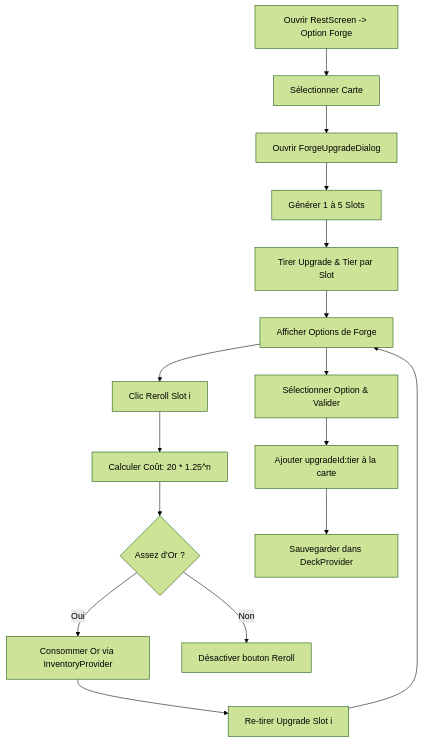
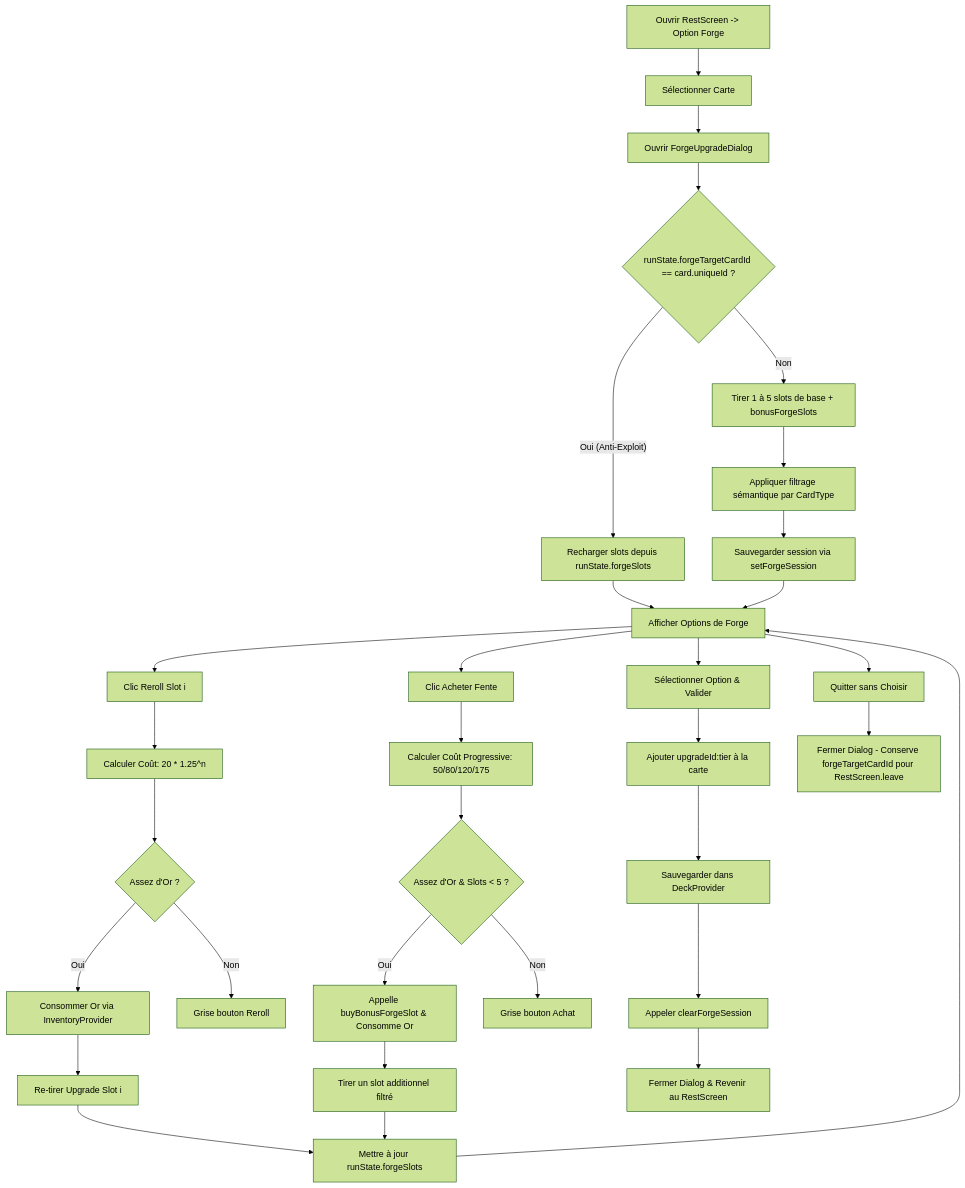
One commit to Hex-Umbra/hero-s-draft changed the third of 6 diagrams in .obsidian_vault/_memory_bank/systemPatterns.md. Above: the diagram before and after it, drawn with Mermaid (forest theme). The commit also changed other lines of this file and 11 other files, not shown here.

First line of the commit message:
feat: Refactor Forge Upgrade Dialog and Implement Anti-Exploit Mechanisms

````diff
--- a/.obsidian_vault/_memory_bank/systemPatterns.md
+++ b/.obsidian_vault/_memory_bank/systemPatterns.md
@@ -886,18 +882,34 @@
 ```mermaid
 graph TD
     Start[Ouvrir RestScreen -> Option Forge] --> SelectCard[Sélectionner Carte]
     SelectCard --> Dialog[Ouvrir ForgeUpgradeDialog]
-    Dialog --> GenSlots[Générer 1 à 5 Slots]
-    GenSlots --> RollSlots[Tirer Upgrade & Tier par Slot]
-    RollSlots --> Loop[Afficher Options de Forge]
+    Dialog --> CheckExploit{runState.forgeTargetCardId == card.uniqueId ?}
+    CheckExploit -- Oui (Anti-Exploit) --> LoadSession[Recharger slots depuis runState.forgeSlots]
+    CheckExploit -- Non --> GenBase[Tirer 1 à 5 slots de base + bonusForgeSlots]
+    GenBase --> FilterTypes[Appliquer filtrage sémantique par CardType]
+    FilterTypes --> SaveSession[Sauvegarder session via setForgeSession]
+    LoadSession --> Loop[Afficher Options de Forge]
+    SaveSession --> Loop
     Loop --> Reroll[Clic Reroll Slot i]
-    Reroll --> Cost[Calculer Coût: 20 * 1.25^n]
-    Cost --> CheckGold{Assez d'Or ?}
-    CheckGold -- Oui --> SpendGold[Consommer Or via InventoryProvider]
-    SpendGold --> RollAgain[Re-tirer Upgrade Slot i]
-    RollAgain --> Loop
-    CheckGold -- Non --> Alert[Désactiver bouton Reroll]
+    Reroll --> CostReroll[Calculer Coût: 20 * 1.25^n]
+    CostReroll --> CheckGoldReroll{Assez d'Or ?}
+    CheckGoldReroll -- Oui --> SpendGoldR[Consommer Or via InventoryProvider]
+    SpendGoldR --> RollAgain[Re-tirer Upgrade Slot i]
+    RollAgain --> UpdateSession[Mettre à jour runState.forgeSlots]
+    UpdateSession --> Loop
+    CheckGoldReroll -- Non --> DisableReroll[Grise bouton Reroll]
+    Loop --> BuySlot[Clic Acheter Fente]
+    BuySlot --> CostSlot[Calculer Coût Progressive: 50/80/120/175]
+    CostSlot --> CheckGoldSlot{Assez d'Or & Slots < 5 ?}
+    CheckGoldSlot -- Oui --> BuySuccess[Appelle buyBonusForgeSlot & Consomme Or]
+    BuySuccess --> RollNewSlot[Tirer un slot additionnel filtré]
+    RollNewSlot --> UpdateSession
+    CheckGoldSlot -- Non --> DisableBuySlot[Grise bouton Achat]
     Loop --> SelectUpgrade[Sélectionner Option & Valider]
     SelectUpgrade --> Apply[Ajouter upgradeId:tier à la carte]
-    Apply --> End[Sauvegarder dans DeckProvider]
+    Apply --> SaveDeck[Sauvegarder dans DeckProvider]
+    SaveDeck --> ClearSession[Appeler clearForgeSession]
+    ClearSession --> End[Fermer Dialog & Revenir au RestScreen]
+    Loop --> CloseDialog[Quitter sans Choisir]
+    CloseDialog --> EndDialog[Fermer Dialog - Conserve forgeTargetCardId pour RestScreen.leave]
 ```
````
